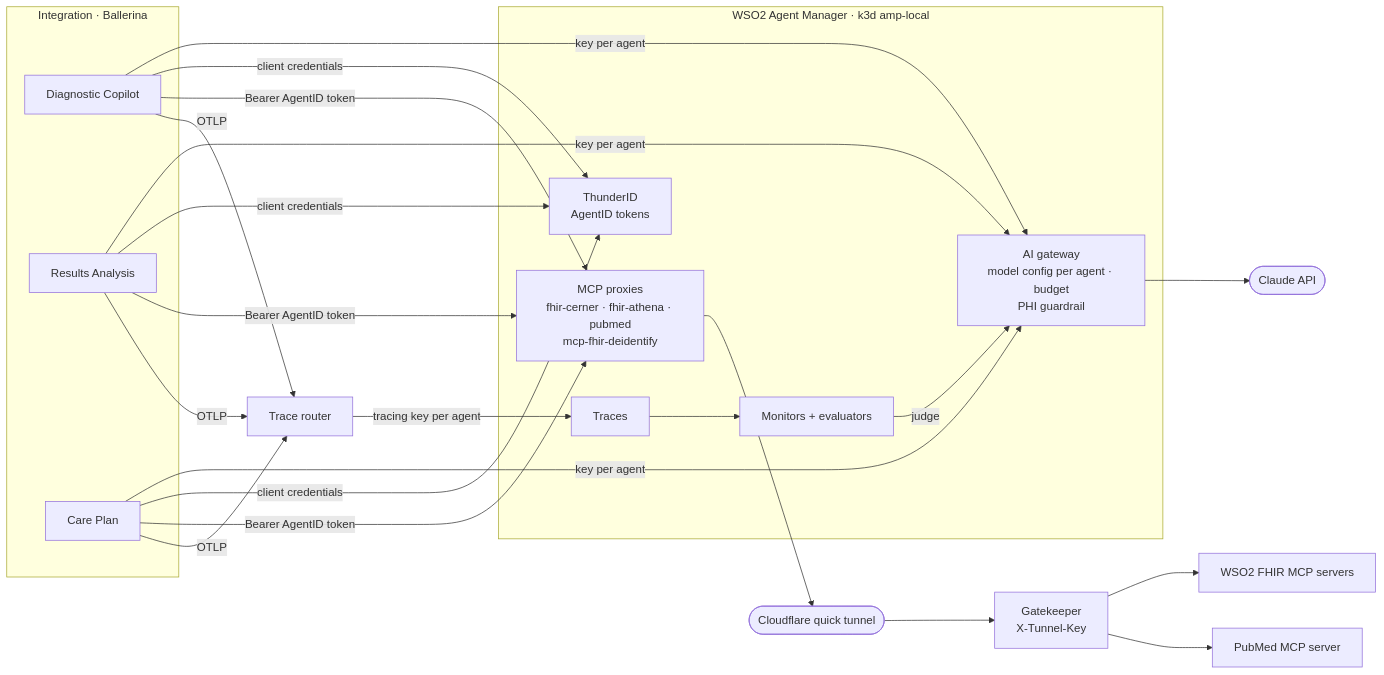
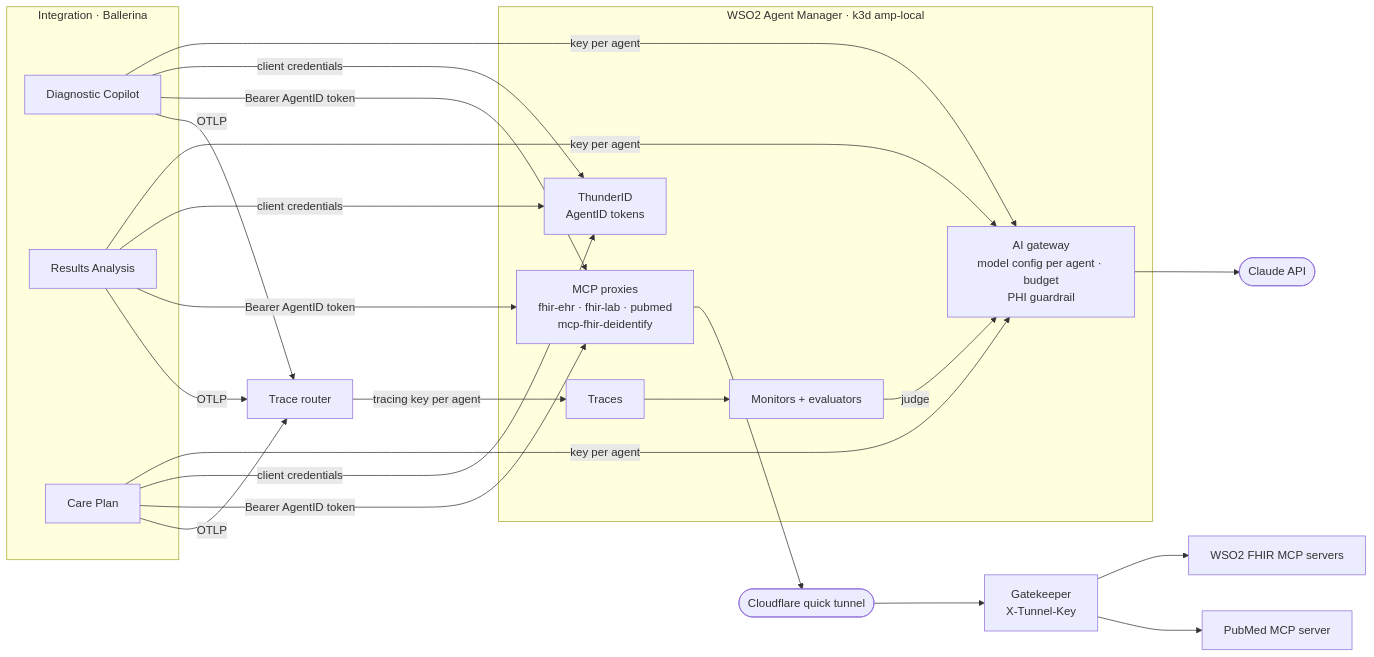
One commit to joelsathi/solutions-healthcare-demos changed the diagram in use-cases/ehr-lab-agents/docs/agent-manager.md. Above: the diagram before and after it, drawn with Mermaid. The commit also changed other lines of this file and 1 other file, not shown here.

First line of the commit message:
ehr-lab-agents: Agent Manager proxies fhir-ehr and fhir-lab

````diff
--- a/use-cases/ehr-lab-agents/docs/agent-manager.md
+++ b/use-cases/ehr-lab-agents/docs/agent-manager.md
@@ -24,31 +24,31 @@
 ```mermaid
 flowchart LR
   subgraph INT["Integration · Ballerina"]
     CP["Diagnostic Copilot"]
     AN["Results Analysis"]
     PL["Care Plan"]
   end
   subgraph AMP["WSO2 Agent Manager · k3d amp-local"]
     IDP["ThunderID<br/>AgentID tokens"]
     GW["AI gateway<br/>model config per agent · budget<br/>PHI guardrail"]
-    MP["MCP proxies<br/>fhir-cerner · fhir-athena · pubmed<br/>mcp-fhir-deidentify"]
+    MP["MCP proxies<br/>fhir-ehr · fhir-lab · pubmed<br/>mcp-fhir-deidentify"]
     OBS["Traces"]
     EV["Monitors + evaluators"]
   end
   TR["Trace router"]
   TUN(["Cloudflare quick tunnel"])
   GK["Gatekeeper<br/>X-Tunnel-Key"]
   FM["WSO2 FHIR MCP servers"]
   PM["PubMed MCP server"]
   CL(["Claude API"])
 
   CP & AN & PL -->|key per agent| GW --> CL
   CP & AN & PL -->|client credentials| IDP
   CP & AN & PL -->|Bearer AgentID token| MP
   MP --> TUN --> GK
   GK --> FM
   GK --> PM
   CP & AN & PL -->|OTLP| TR -->|tracing key per agent| OBS
   OBS --> EV
   EV -->|judge| GW
 ```
````
